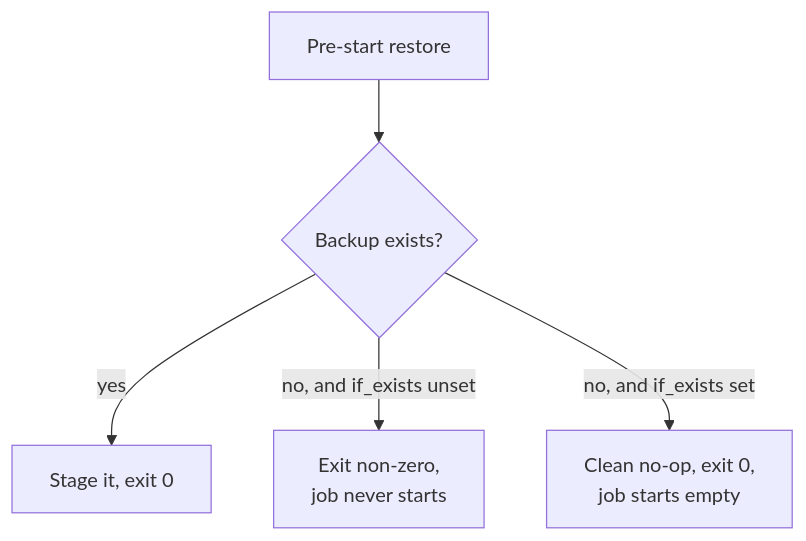
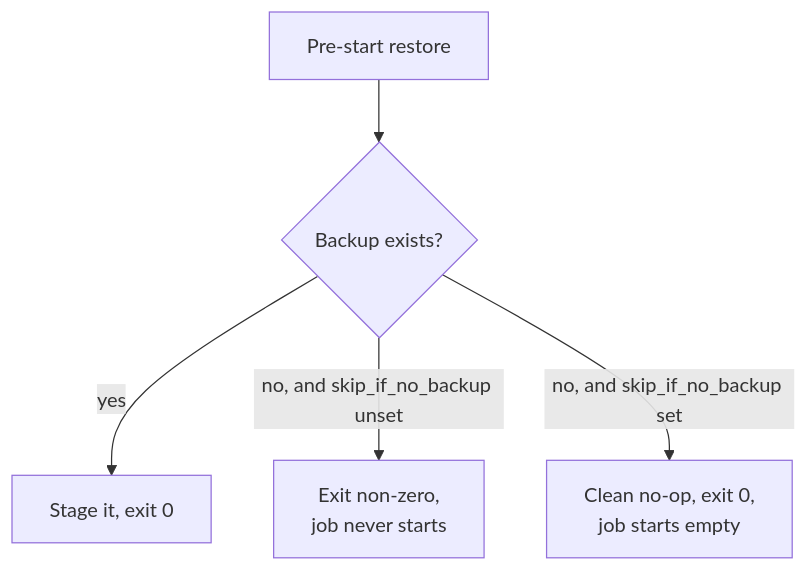
Before and after one commit to natelandau/ezbak: the first of 2 diagrams in docs/orchestration/fresh-deploys.md, drawn with Mermaid. The commit also changed other lines of this file and 19 other files, not shown here.

First line of the commit message:
feat(restore)!: rename option to skip-if-no-backup

````diff
--- a/docs/orchestration/fresh-deploys.md
+++ b/docs/orchestration/fresh-deploys.md
@@ -25,7 +25,7 @@
 ```mermaid
 graph TD
   A["Pre-start restore"] --> B{"Backup exists?"}
   B -->|yes| C["Stage it, exit 0"]
-  B -->|no, and if_exists unset| D["Exit non-zero,<br/>job never starts"]
-  B -->|no, and if_exists set| E["Clean no-op, exit 0,<br/>job starts empty"]
+  B -->|no, and skip_if_no_backup unset| D["Exit non-zero,<br/>job never starts"]
+  B -->|no, and skip_if_no_backup set| E["Clean no-op, exit 0,<br/>job starts empty"]
 ```
````
